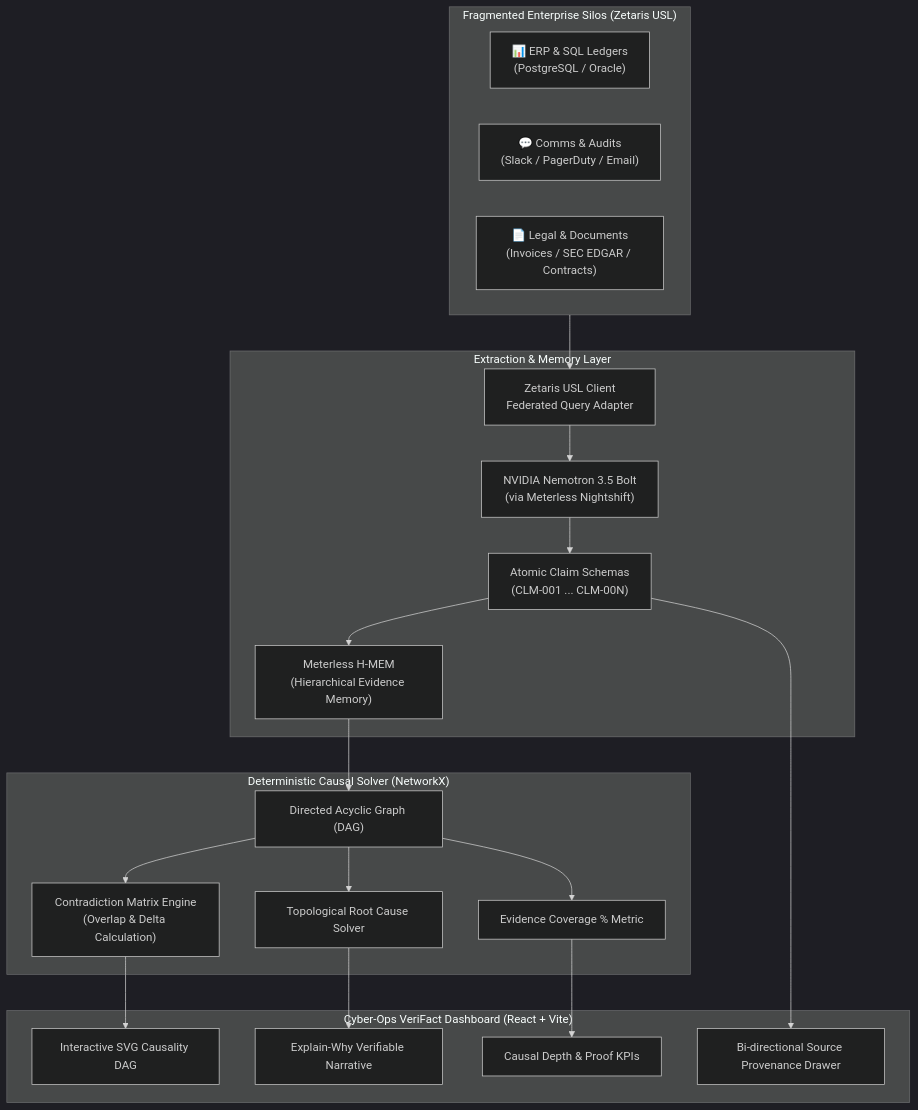
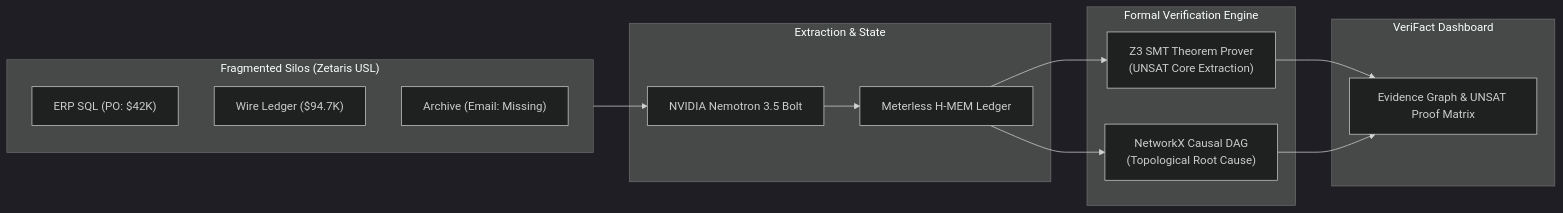
Before and after one commit to AmanM006/verifact: the diagram in README.md, drawn with Mermaid (dark theme). The commit also changed other lines of this file and 12 other files, not shown here.

Commit message:
feat: integrate Z3 SMT Theorem Prover with UNSAT Core extraction, eval benchmark suite, and pytest suite

````diff
--- a/README.md
+++ b/README.md
@@ -30,30 +32,24 @@
 ```mermaid
-flowchart TD
-    subgraph DataSilos ["Fragmented Enterprise Silos (Zetaris USL)"]
-        S1["📊 ERP & SQL Ledgers\n(PostgreSQL / Oracle)"]
-        S2["💬 Comms & Audits\n(Slack / PagerDuty / Email)"]
-        S3["📄 Legal & Documents\n(Invoices / SEC EDGAR / Contracts)"]
+flowchart LR
+    subgraph Silos ["Fragmented Silos (Zetaris USL)"]
+        S1["ERP SQL (PO: $42K)"]
+        S2["Wire Ledger ($94.7K)"]
+        S3["Archive (Email: Missing)"]
     end
 
-    subgraph ReasonLayer ["Extraction & Memory Layer"]
-        ZET["Zetaris USL Client\nFederated Query Adapter"] --> NEM["NVIDIA Nemotron 3.5 Bolt\n(via Meterless Nightshift)"]
-        NEM --> CLAIMS["Atomic Claim Schemas\n(CLM-001 ... CLM-00N)"]
-        CLAIMS --> HMEM["Meterless H-MEM\n(Hierarchical Evidence Memory)"]
+    subgraph Extraction ["Extraction & State"]
+        NEM["NVIDIA Nemotron 3.5 Bolt"]
+        HMEM["Meterless H-MEM Ledger"]
     end
 
-    subgraph SolverLayer ["Deterministic Causal Solver (NetworkX)"]
-        HMEM --> DAG["Directed Acyclic Graph (DAG)"]
-        DAG --> MAT["Contradiction Matrix Engine\n(Overlap & Delta Calculation)"]
-        DAG --> ROOT["Topological Root Cause Solver"]
-        DAG --> COV["Evidence Coverage % Metric"]
+    subgraph FormalSolver ["Formal Verification Engine"]
+        Z3["Z3 SMT Theorem Prover\n(UNSAT Core Extraction)"]
+        DAG["NetworkX Causal DAG\n(Topological Root Cause)"]
     end
 
-    subgraph UXLayer ["Cyber-Ops VeriFact Dashboard (React + Vite)"]
-        MAT --> UI_GRAPH["Interactive SVG Causality DAG"]
-        ROOT --> UI_WHY["Explain-Why Verifiable Narrative"]
-        COV --> UI_KPIS["Causal Depth & Proof KPIs"]
-        CLAIMS --> UI_EXP["Bi-directional Source Provenance Drawer"]
+    subgraph Dashboard ["VeriFact Dashboard"]
+        UI["Evidence Graph & UNSAT Proof Matrix"]
     end
 
-    DataSilos --> ZET
+    Silos --> NEM --> HMEM --> Z3 & DAG --> UI
 ```
````
